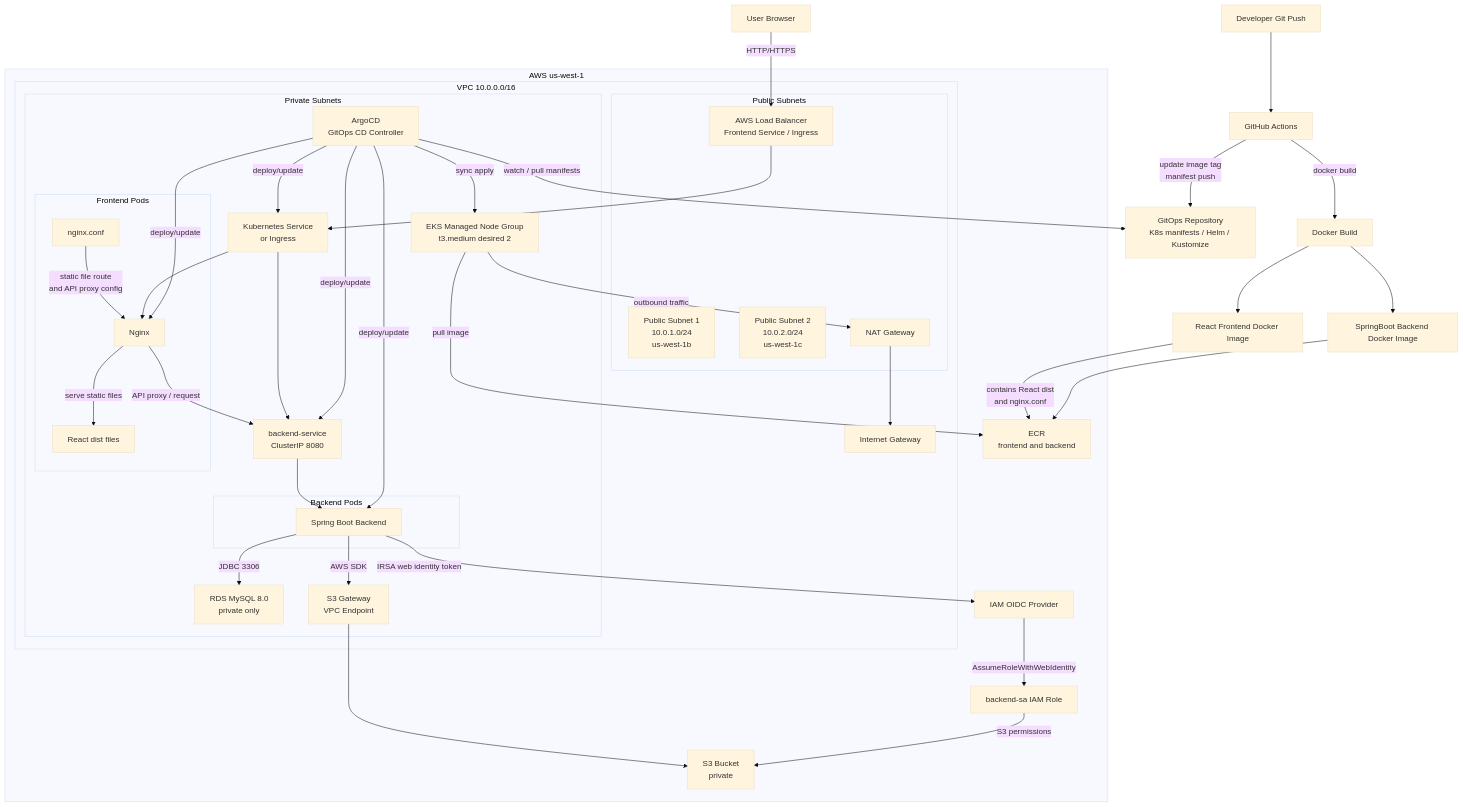
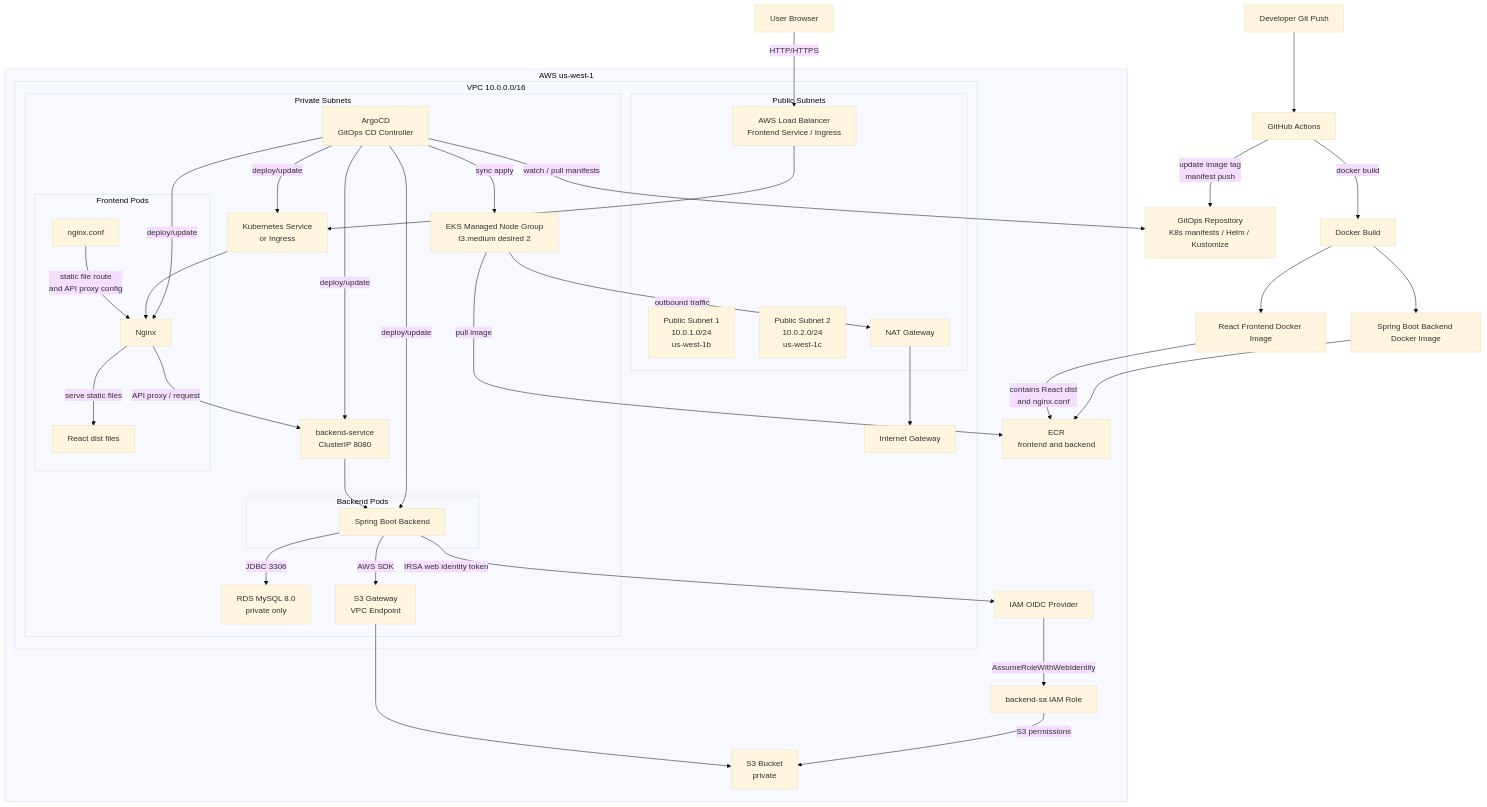
The diagram in README.md (mmije0ng/Rookies_Terraform-k8s-infra), drawn with Mermaid (base theme) before and after one commit. The commit also changed other lines of this file, not shown here.

First line of the commit message:
docs: restructure README architecture and deployment guide

````diff
--- a/README.md
+++ b/README.md
@@ -69,123 +27,75 @@
     repo["GitOps Repository<br/>K8s manifests / Helm / Kustomize"]
 
     subgraph aws["AWS us-west-1"]
-
         subgraph vpc["VPC 10.0.0.0/16"]
-
             igw["Internet Gateway"]
 
             subgraph publicSubnets["Public Subnets"]
-
                 pub1["Public Subnet 1<br/>10.0.1.0/24<br/>us-west-1b"]
-
                 pub2["Public Subnet 2<br/>10.0.2.0/24<br/>us-west-1c"]
-
                 nat["NAT Gateway"]
-
                 lb["AWS Load Balancer<br/>Frontend Service / Ingress"]
-
             end
 
             subgraph privateSubnets["Private Subnets"]
-
                 nodes["EKS Managed Node Group<br/>t3.medium desired 2"]
-
                 argocd["ArgoCD<br/>GitOps CD Controller"]
-
                 svc["Kubernetes Service<br/>or Ingress"]
-
                 besvc["backend-service<br/>ClusterIP 8080"]
 
                 subgraph frontendPod["Frontend Pods"]
-
                     nginx["Nginx"]
-
                     dist["React dist files"]
-
                     nginxConf["nginx.conf"]
-
                     nginx -->|"serve static files"| dist
-
                     nginxConf -->|"static file route<br/>and API proxy config"| nginx
-
                 end
 
                 subgraph backendPod["Backend Pods"]
-
                     backend["Spring Boot Backend"]
-
                 end
 
                 rds["RDS MySQL 8.0<br/>private only"]
-
                 s3vpce["S3 Gateway<br/>VPC Endpoint"]
-
             end
         end
 
         ecr["ECR<br/>frontend and backend"]
-
         s3["S3 Bucket<br/>private"]
-
         oidc["IAM OIDC Provider"]
-
         role["backend-sa IAM Role"]
-
     end
 
     users -->|"HTTP/HTTPS"| lb
-
     lb --> svc
-
     svc --> nginx
-
-    svc --> besvc
-
     nginx -->|"API proxy / request"| besvc
-
     besvc --> backend
 
     backend -->|"JDBC 3306"| rds
-
     backend -->|"AWS SDK"| s3vpce
-
     s3vpce --> s3
 
     backend -->|"IRSA web identity token"| oidc
-
     oidc -->|"AssumeRoleWithWebIdentity"| role
-
     role -->|"S3 permissions"| s3
 
     dev --> gh
-
     gh -->|"docker build"| build["Docker Build"]
-
     build --> frontendImage["React Frontend Docker Image"]
-
-    build --> backendImage["SpringBoot Backend Docker Image"]
-
+    build --> backendImage["Spring Boot Backend Docker Image"]
     frontendImage -->|"contains React dist<br/>and nginx.conf"| ecr
-
     backendImage --> ecr
 
     gh -->|"update image tag<br/>manifest push"| repo
-
     argocd -->|"watch / pull manifests"| repo
-
     argocd -->|"sync apply"| nodes
-
     argocd -->|"deploy/update"| svc
-
     argocd -->|"deploy/update"| nginx
-
     argocd -->|"deploy/update"| backend
-
     argocd -->|"deploy/update"| besvc
 
     nodes -->|"pull image"| ecr
-
     nodes -->|"outbound traffic"| nat
-
     nat --> igw
 ```
````
